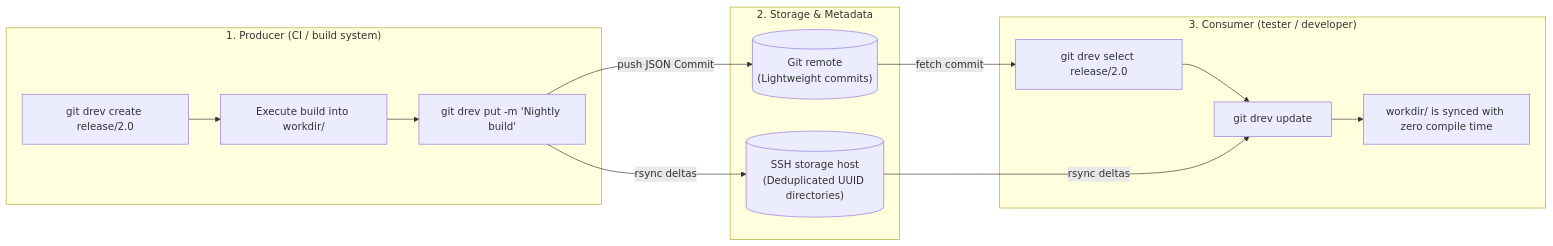
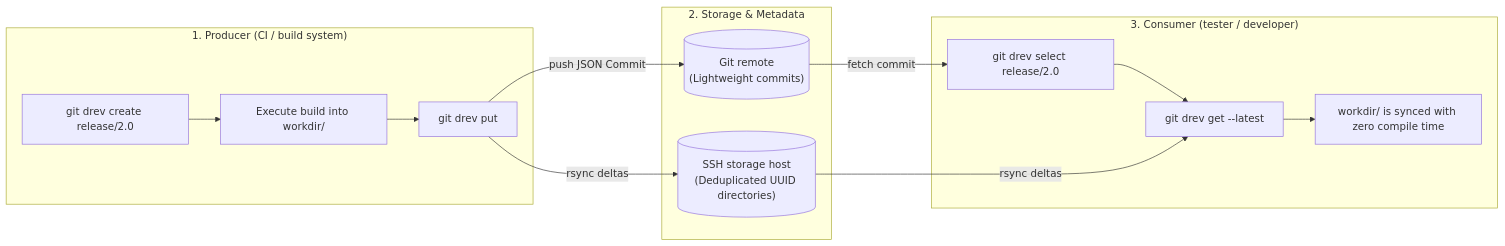
Before and after one commit to bvarnai/git-drev: the diagram in README.md, drawn with Mermaid. The commit also changed other lines of this file and 13 other files, not shown here.

````diff
--- a/README.md
+++ b/README.md
@@ -56,22 +56,22 @@
 ```mermaid
 flowchart LR
     subgraph Producer["1. Producer (CI / build system)"]
         P1["git drev create release/2.0"] --> P2["Execute build into workdir/"]
-        P2 --> P3["git drev put -m 'Nightly build'"]
+        P2 --> P3["git drev put"]
     end
 
     subgraph Infrastructure["2. Storage & Metadata"]
         GitRemote[("Git remote<br/>(Lightweight commits)")]
         StorageHost[("SSH storage host<br/>(Deduplicated UUID directories)")]
     end
 
     subgraph Consumer["3. Consumer (tester / developer)"]
-        C1["git drev select release/2.0"] --> C2["git drev update"]
+        C1["git drev select release/2.0"] --> C2["git drev get --latest"]
         C2 --> C3["workdir/ is synced with zero compile time"]
     end
 
     P3 -->|"push JSON Commit"| GitRemote
     P3 -->|"rsync deltas"| StorageHost
     GitRemote -->|"fetch commit"| C1
     StorageHost -->|"rsync deltas"| C2
 ```
````
